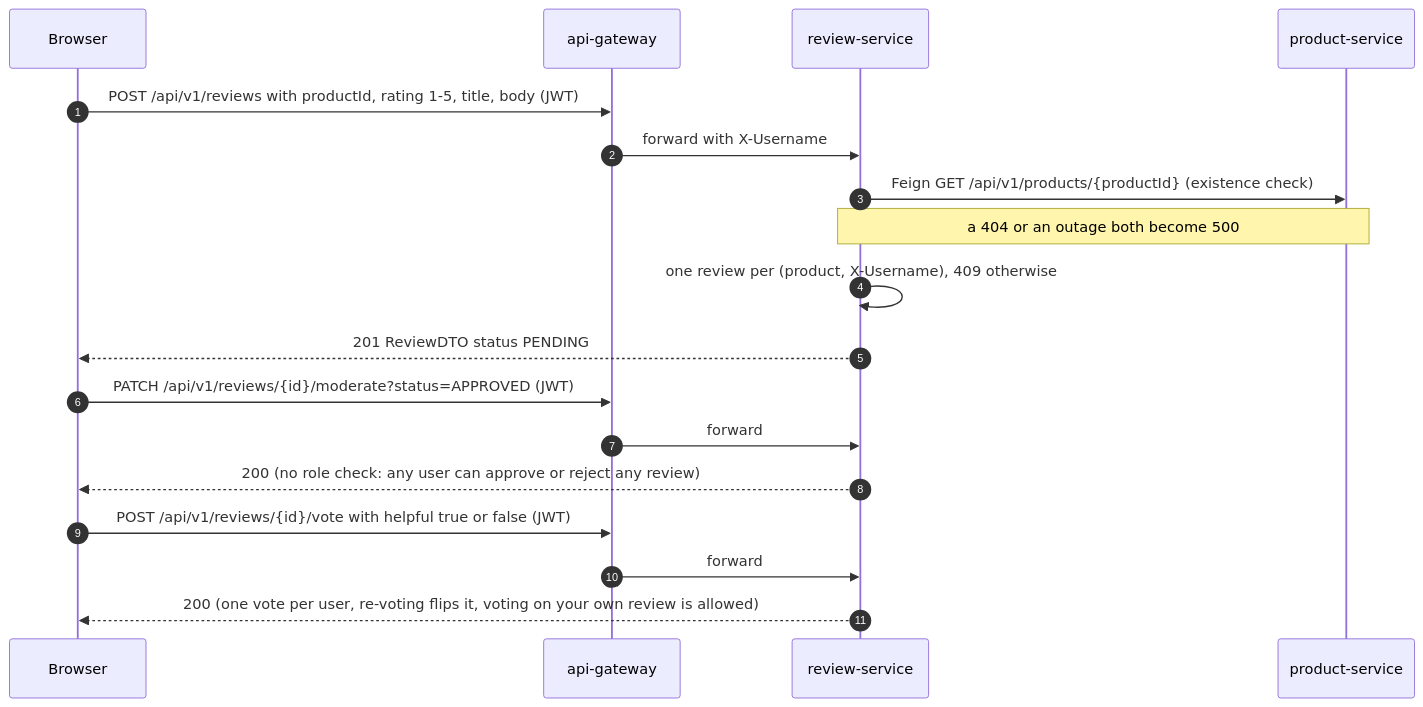
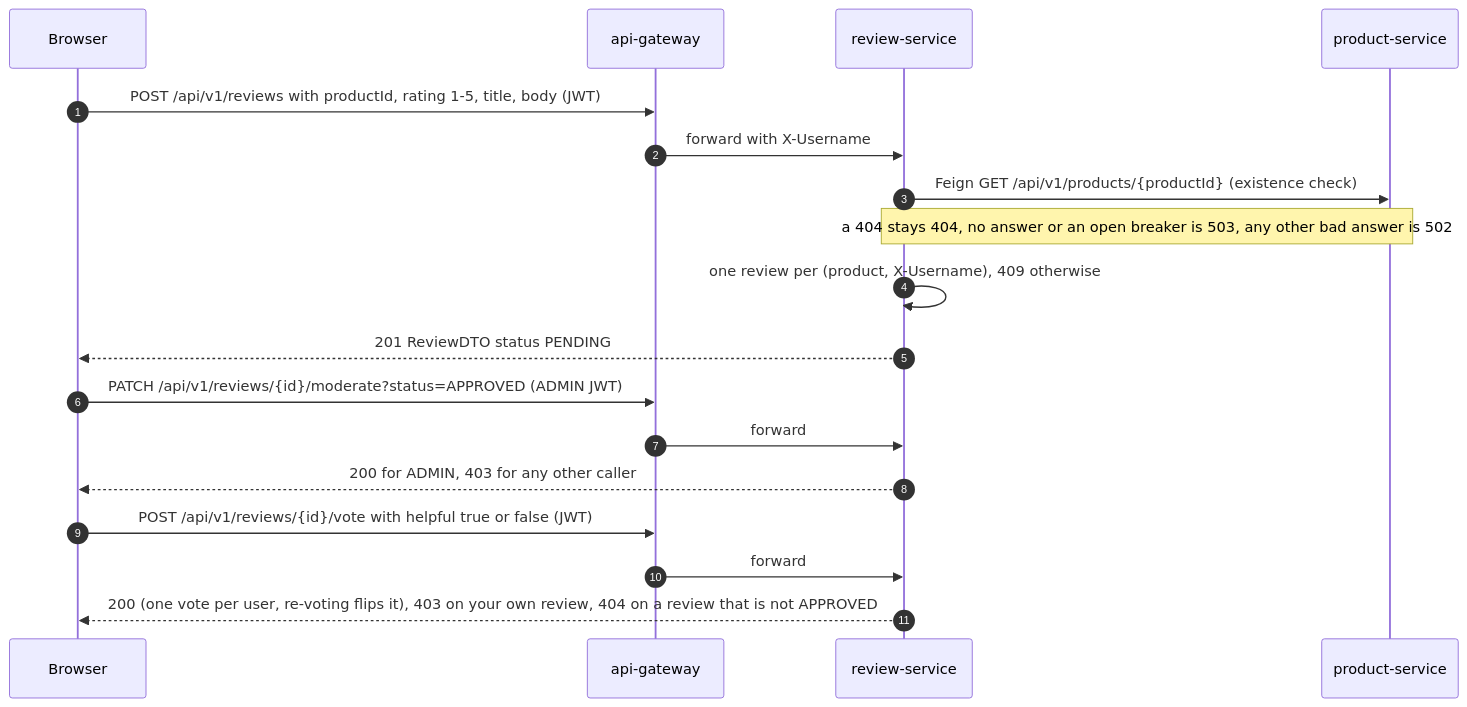
Before and after one commit to bmcnpnr/ecommerce-platform: the tenth of 11 diagrams in docs/flows.md, drawn with Mermaid. The commit also changed other lines of this file and 58 other files, not shown here.

````diff
--- a/docs/flows.md
+++ b/docs/flows.md
@@ -267,20 +355,20 @@
 ```mermaid
 sequenceDiagram
     autonumber
     participant B as Browser
     participant G as api-gateway
     participant R as review-service
     participant P as product-service
     B->>G: POST /api/v1/reviews with productId, rating 1-5, title, body (JWT)
     G->>R: forward with X-Username
     R->>P: Feign GET /api/v1/products/{productId} (existence check)
-    Note over R,P: a 404 or an outage both become 500
+    Note over R,P: a 404 stays 404, no answer or an open breaker is 503, any other bad answer is 502
     R->>R: one review per (product, X-Username), 409 otherwise
     R-->>B: 201 ReviewDTO status PENDING
-    B->>G: PATCH /api/v1/reviews/{id}/moderate?status=APPROVED (JWT)
+    B->>G: PATCH /api/v1/reviews/{id}/moderate?status=APPROVED (ADMIN JWT)
     G->>R: forward
-    R-->>B: 200 (no role check: any user can approve or reject any review)
+    R-->>B: 200 for ADMIN, 403 for any other caller
     B->>G: POST /api/v1/reviews/{id}/vote with helpful true or false (JWT)
     G->>R: forward
-    R-->>B: 200 (one vote per user, re-voting flips it, voting on your own review is allowed)
+    R-->>B: 200 (one vote per user, re-voting flips it), 403 on your own review, 404 on a review that is not APPROVED
 ```
````
